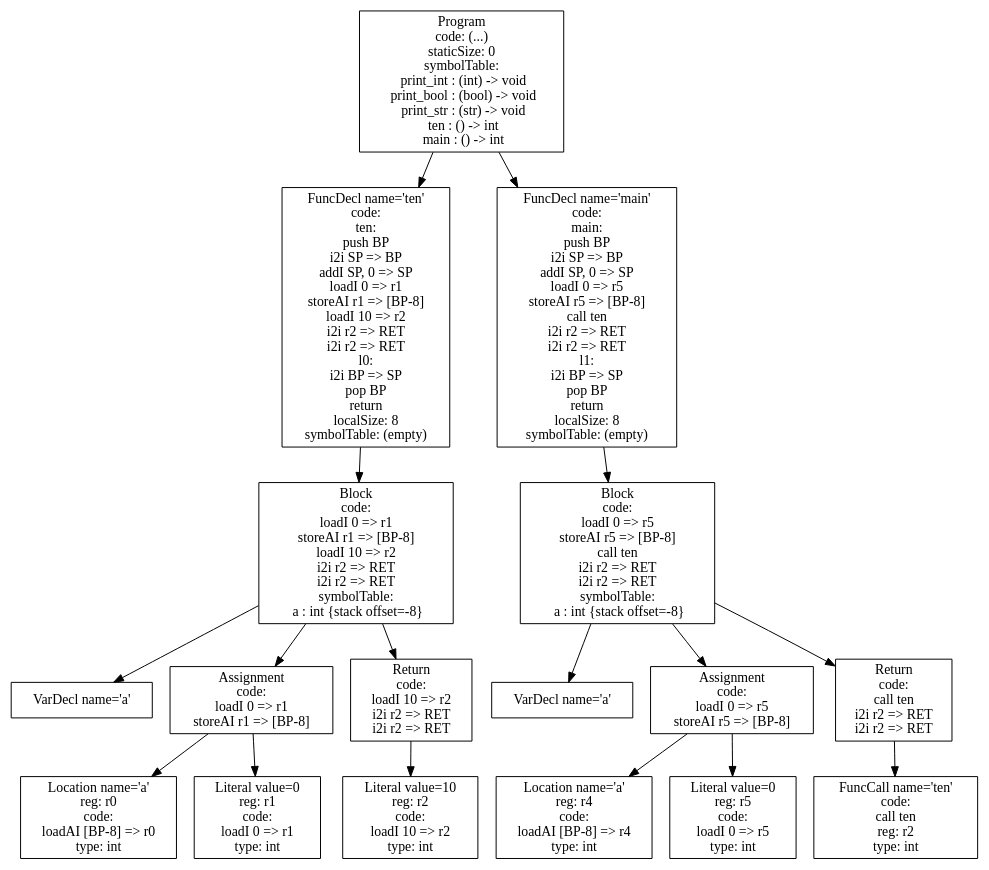
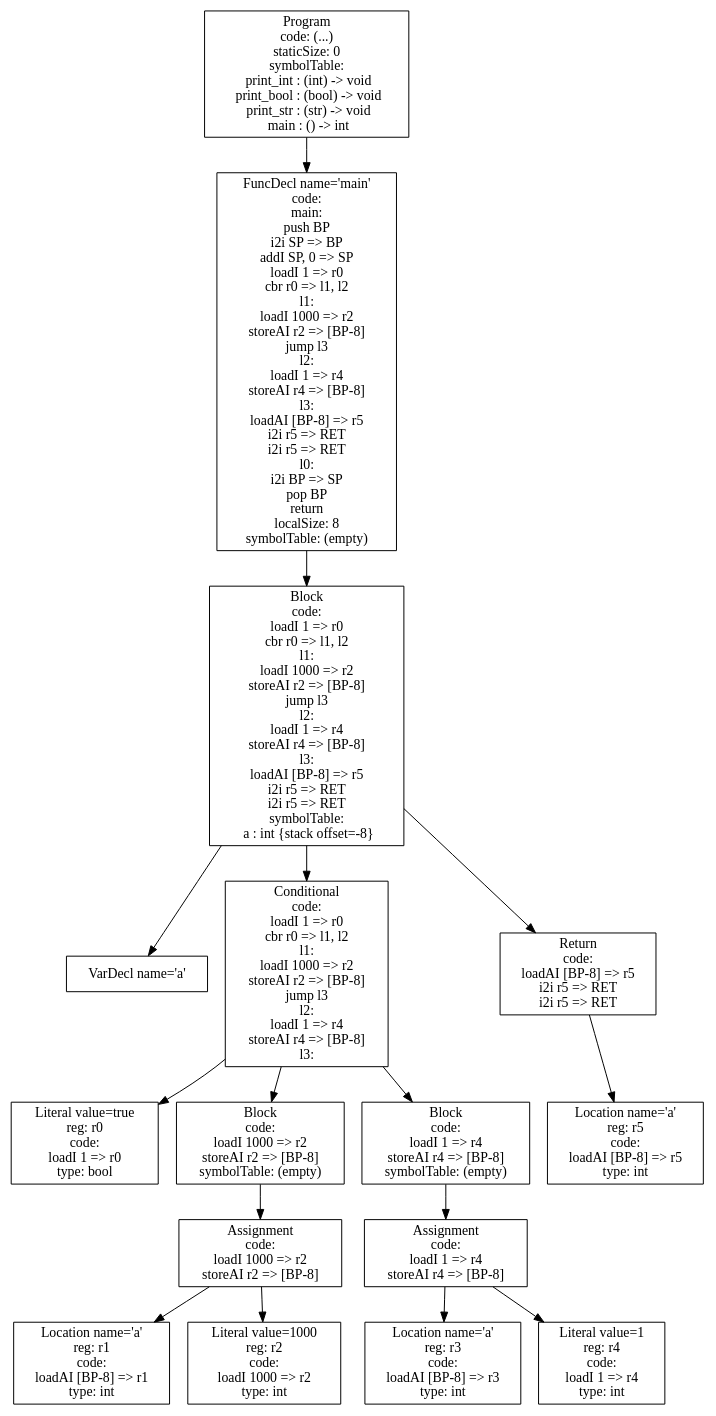
One commit to ecila1011/P4 changed the diagram in ast.dot. Above: the diagram before and after it, drawn with Graphviz. The commit also changed 9 other files, not shown here.

```diff
--- a/ast.dot
+++ b/ast.dot
@@ -1,35 +1,33 @@
 digraph AST {
 3 [shape=box, label="VarDecl name='a'"];
-5 [shape=box, label="Location name='a'\nreg: r0\ncode: \nloadAI [BP-8] => r0\ntype: int"];
-6 [shape=box, label="Literal value=0\nreg: r1\ncode: \nloadI 0 => r1\ntype: int"];
-4 [shape=box, label="Assignment\ncode: \nloadI 0 => r1\nstoreAI r1 => [BP-8]"];
+5 [shape=box, label="Literal value=true\nreg: r0\ncode: \nloadI 1 => r0\ntype: bool"];
+8 [shape=box, label="Location name='a'\nreg: r1\ncode: \nloadAI [BP-8] => r1\ntype: int"];
+9 [shape=box, label="Literal value=1000\nreg: r2\ncode: \nloadI 1000 => r2\ntype: int"];
+7 [shape=box, label="Assignment\ncode: \nloadI 1000 => r2\nstoreAI r2 => [BP-8]"];
+7 -> 8;
+7 -> 9;
+6 [shape=box, label="Block\ncode: \nloadI 1000 => r2\nstoreAI r2 => [BP-8]\nsymbolTable: (empty)"];
+6 -> 7;
+12 [shape=box, label="Location name='a'\nreg: r3\ncode: \nloadAI [BP-8] => r3\ntype: int"];
+13 [shape=box, label="Literal value=1\nreg: r4\ncode: \nloadI 1 => r4\ntype: int"];
+11 [shape=box, label="Assignment\ncode: \nloadI 1 => r4\nstoreAI r4 => [BP-8]"];
+11 -> 12;
+11 -> 13;
+10 [shape=box, label="Block\ncode: \nloadI 1 => r4\nstoreAI r4 => [BP-8]\nsymbolTable: (empty)"];
+10 -> 11;
+4 [shape=box, label="Conditional\ncode: \nloadI 1 => r0\ncbr r0 => l1, l2\nl1:\nloadI 1000 => r2\nstoreAI r2 => [BP-8]\njump l3\nl2:\nloadI 1 => r4\nstoreAI r4 => [BP-8]\nl3:"];
 4 -> 5;
 4 -> 6;
-8 [shape=box, label="Literal value=10\nreg: r2\ncode: \nloadI 10 => r2\ntype: int"];
-7 [shape=box, label="Return\ncode: \nloadI 10 => r2\ni2i r2 => RET\ni2i r2 => RET"];
-7 -> 8;
-2 [shape=box, label="Block\ncode: \nloadI 0 => r1\nstoreAI r1 => [BP-8]\nloadI 10 => r2\ni2i r2 => RET\ni2i r2 => RET\nsymbolTable: \n  a : int {stack offset=-8}"];
+4 -> 10;
+15 [shape=box, label="Location name='a'\nreg: r5\ncode: \nloadAI [BP-8] => r5\ntype: int"];
+14 [shape=box, label="Return\ncode: \nloadAI [BP-8] => r5\ni2i r5 => RET\ni2i r5 => RET"];
+14 -> 15;
+2 [shape=box, label="Block\ncode: \nloadI 1 => r0\ncbr r0 => l1, l2\nl1:\nloadI 1000 => r2\nstoreAI r2 => [BP-8]\njump l3\nl2:\nloadI 1 => r4\nstoreAI r4 => [BP-8]\nl3:\nloadAI [BP-8] => r5\ni2i r5 => RET\ni2i r5 => RET\nsymbolTable: \n  a : int {stack offset=-8}"];
 2 -> 3;
 2 -> 4;
-2 -> 7;
-1 [shape=box, label="FuncDecl name='ten'\ncode: \nten:\npush BP\ni2i SP => BP\naddI SP, 0 => SP\nloadI 0 => r1\nstoreAI r1 => [BP-8]\nloadI 10 => r2\ni2i r2 => RET\ni2i r2 => RET\nl0:\ni2i BP => SP\npop BP\nreturn\nlocalSize: 8\nsymbolTable: (empty)"];
+2 -> 14;
+1 [shape=box, label="FuncDecl name='main'\ncode: \nmain:\npush BP\ni2i SP => BP\naddI SP, 0 => SP\nloadI 1 => r0\ncbr r0 => l1, l2\nl1:\nloadI 1000 => r2\nstoreAI r2 => [BP-8]\njump l3\nl2:\nloadI 1 => r4\nstoreAI r4 => [BP-8]\nl3:\nloadAI [BP-8] => r5\ni2i r5 => RET\ni2i r5 => RET\nl0:\ni2i BP => SP\npop BP\nreturn\nlocalSize: 8\nsymbolTable: (empty)"];
 1 -> 2;
-11 [shape=box, label="VarDecl name='a'"];
-13 [shape=box, label="Location name='a'\nreg: r4\ncode: \nloadAI [BP-8] => r4\ntype: int"];
-14 [shape=box, label="Literal value=0\nreg: r5\ncode: \nloadI 0 => r5\ntype: int"];
-12 [shape=box, label="Assignment\ncode: \nloadI 0 => r5\nstoreAI r5 => [BP-8]"];
-12 -> 13;
-12 -> 14;
-16 [shape=box, label="FuncCall name='ten'\ncode: \ncall ten\nreg: r2\ntype: int"];
-15 [shape=box, label="Return\ncode: \ncall ten\ni2i r2 => RET\ni2i r2 => RET"];
-15 -> 16;
-10 [shape=box, label="Block\ncode: \nloadI 0 => r5\nstoreAI r5 => [BP-8]\ncall ten\ni2i r2 => RET\ni2i r2 => RET\nsymbolTable: \n  a : int {stack offset=-8}"];
-10 -> 11;
-10 -> 12;
-10 -> 15;
-9 [shape=box, label="FuncDecl name='main'\ncode: \nmain:\npush BP\ni2i SP => BP\naddI SP, 0 => SP\nloadI 0 => r5\nstoreAI r5 => [BP-8]\ncall ten\ni2i r2 => RET\ni2i r2 => RET\nl1:\ni2i BP => SP\npop BP\nreturn\nlocalSize: 8\nsymbolTable: (empty)"];
-9 -> 10;
-0 [shape=box, label="Program\ncode: (...)\nstaticSize: 0\nsymbolTable: \n  print_int : (int) -> void\n  print_bool : (bool) -> void\n  print_str : (str) -> void\n  ten : () -> int\n  main : () -> int"];
+0 [shape=box, label="Program\ncode: (...)\nstaticSize: 0\nsymbolTable: \n  print_int : (int) -> void\n  print_bool : (bool) -> void\n  print_str : (str) -> void\n  main : () -> int"];
 0 -> 1;
-0 -> 9;
 }
```
